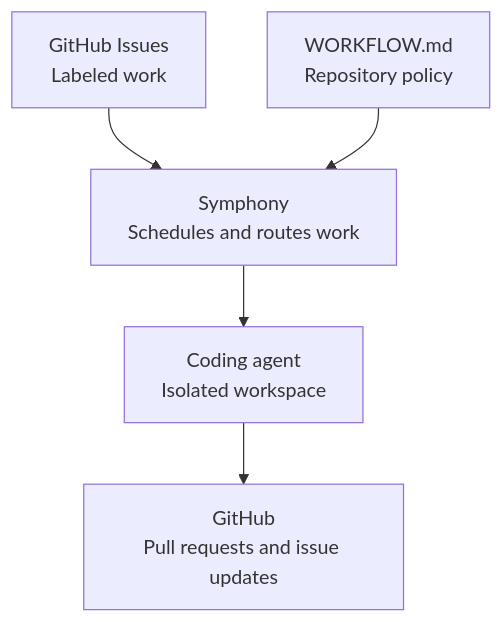
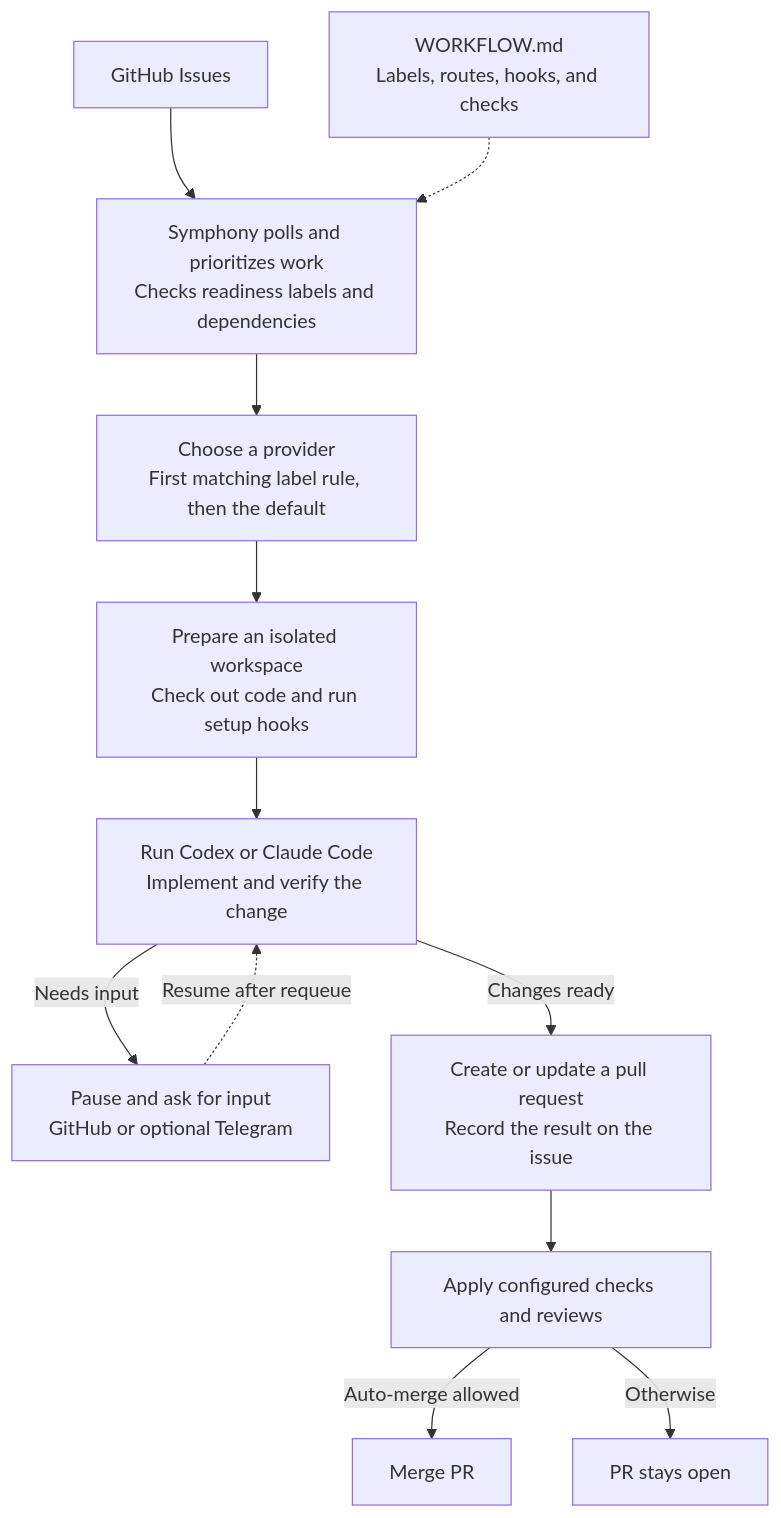
The diagram in README.md (maskaravivek/symphony), drawn with Mermaid before and after one commit.

Commit message:
Show Symphony issue routing and PR lifecycle

````diff
--- a/README.md
+++ b/README.md
@@ -5,7 +5,17 @@
 ```mermaid
 flowchart TD
-    queue["GitHub Issues<br/>Labeled work"] --> harness["Symphony<br/>Schedules and routes work"]
-    policy["WORKFLOW.md<br/>Repository policy"] --> harness
-    harness --> run["Coding agent<br/>Isolated workspace"]
-    run --> outcome["GitHub<br/>Pull requests and issue updates"]
+    issues["GitHub Issues"] --> queue
+    workflow["WORKFLOW.md<br/>Labels, routes, hooks, and checks"] -.-> queue
+
+    queue["Symphony polls and prioritizes work<br/>Checks readiness labels and dependencies"]
+    queue --> route["Choose a provider<br/>First matching label rule, then the default"]
+    route --> workspace["Prepare an isolated workspace<br/>Check out code and run setup hooks"]
+    workspace --> agent["Run Codex or Claude Code<br/>Implement and verify the change"]
+
+    agent -->|Needs input| pause["Pause and ask for input<br/>GitHub or optional Telegram"]
+    pause -.->|Resume after requeue| agent
+    agent -->|Changes ready| pr["Create or update a pull request<br/>Record the result on the issue"]
+    pr --> gates["Apply configured checks and reviews"]
+    gates -->|Auto-merge allowed| merge["Merge PR"]
+    gates -->|Otherwise| review["PR stays open"]
 ```
````
